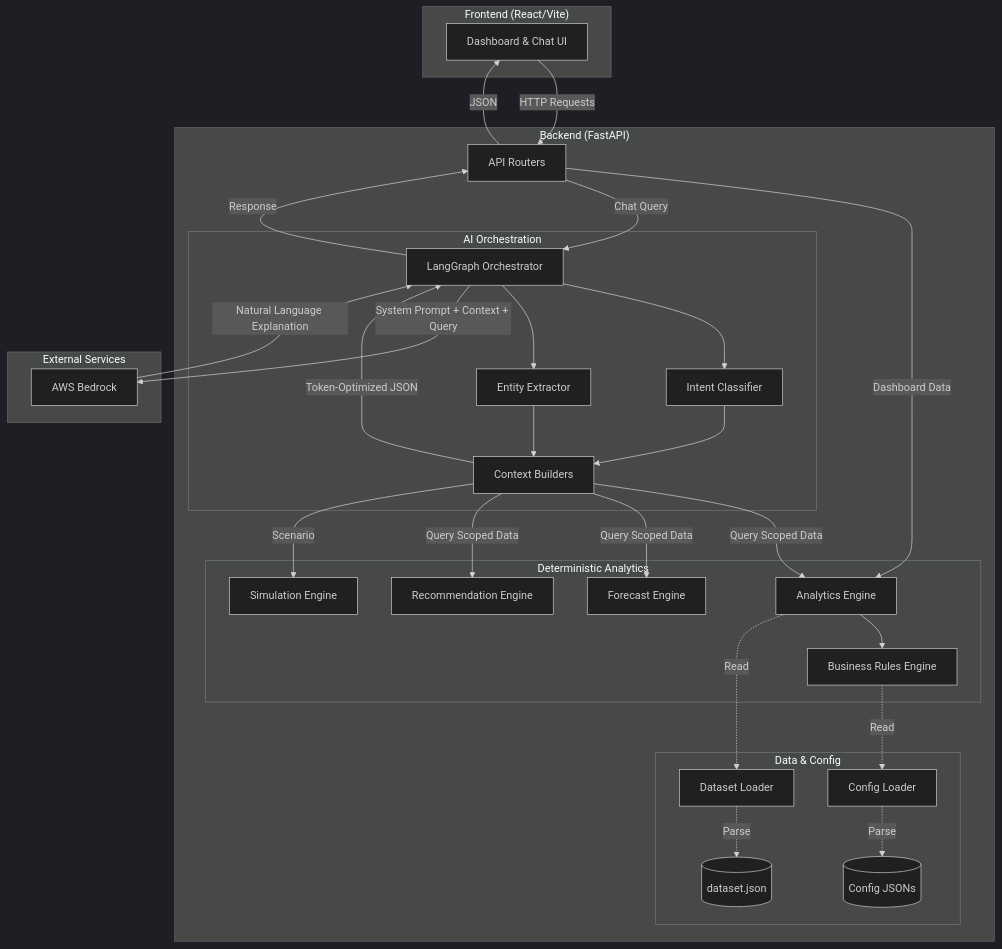
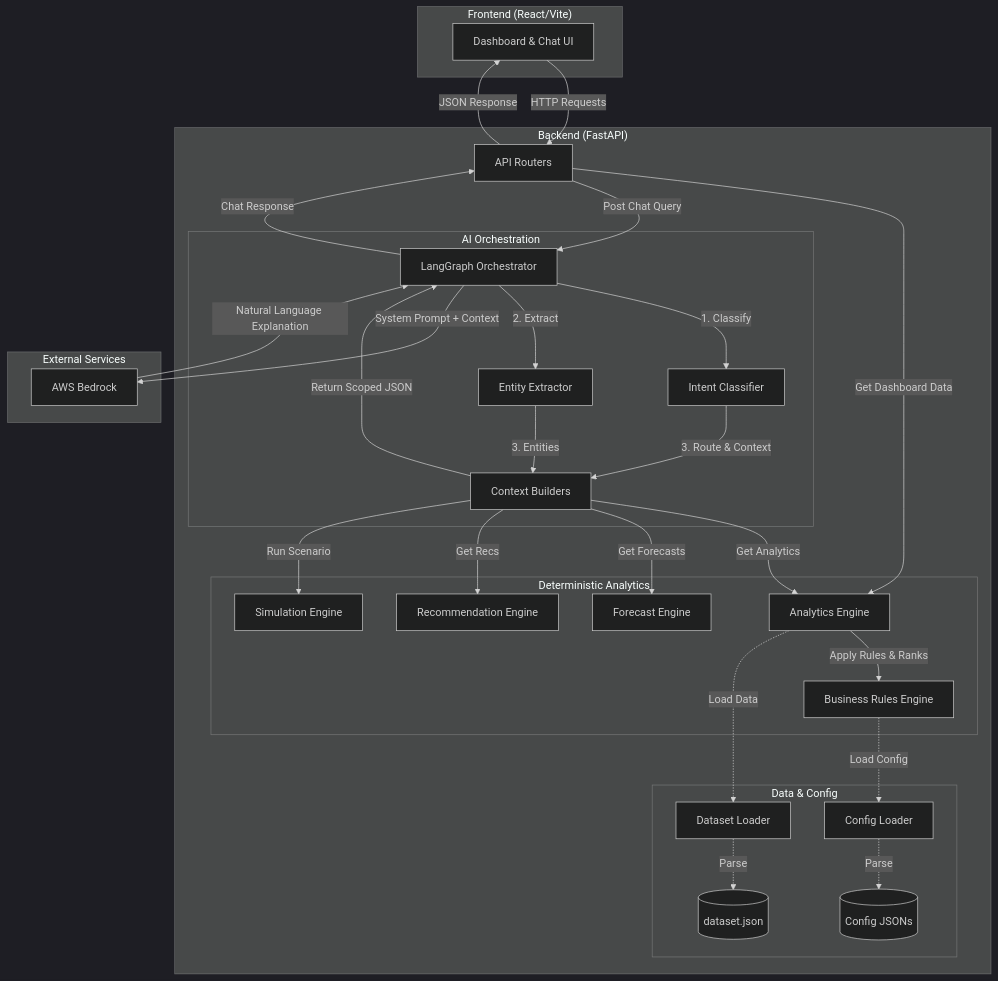
The diagram in docs/02_SYSTEM_ARCHITECTURE.md (Noel9812/CUIA), drawn with Mermaid (dark theme) before and after one commit.

Commit message:
chore:docs update

````diff
--- a/docs/02_SYSTEM_ARCHITECTURE.md
+++ b/docs/02_SYSTEM_ARCHITECTURE.md
@@ -7,67 +7,67 @@
 ```mermaid
 flowchart TD
     subgraph Frontend ["Frontend (React/Vite)"]
         UI[Dashboard & Chat UI]
     end
 
     subgraph Backend ["Backend (FastAPI)"]
         API[API Routers]
         
         subgraph AI_Layer ["AI Orchestration"]
             LG[LangGraph Orchestrator]
             IC[Intent Classifier]
             EE[Entity Extractor]
             CB[Context Builders]
         end
         
         subgraph Analytics_Layer ["Deterministic Analytics"]
             AE[Analytics Engine]
             BRE[Business Rules Engine]
             FE[Forecast Engine]
             RE[Recommendation Engine]
             SE[Simulation Engine]
         end
         
         subgraph Data_Layer ["Data & Config"]
             DS[(dataset.json)]
             CFG[(Config JSONs)]
             DL[Dataset Loader]
             CL[Config Loader]
         end
     end
 
     subgraph External ["External Services"]
         LLM[AWS Bedrock]
     end
 
-    %% Flow
+    %% Control / Data Flow
     UI -->|HTTP Requests| API
     
-    API -->|Dashboard Data| AE
-    API -->|Chat Query| LG
+    API -->|Get Dashboard Data| AE
+    API -->|Post Chat Query| LG
     
-    LG --> IC
-    LG --> EE
-    IC --> CB
-    EE --> CB
+    LG -->|1. Classify| IC
+    LG -->|2. Extract| EE
+    IC -->|3. Route & Context| CB
+    EE -->|3. Entities| CB
     
-    CB -->|Query Scoped Data| AE
-    CB -->|Query Scoped Data| FE
-    CB -->|Query Scoped Data| RE
-    CB -->|Scenario| SE
+    CB -->|Get Analytics| AE
+    CB -->|Get Forecasts| FE
+    CB -->|Get Recs| RE
+    CB -->|Run Scenario| SE
     
-    AE --> BRE
+    AE -->|Apply Rules & Ranks| BRE
     
-    AE -.->|Read| DL
-    BRE -.->|Read| CL
+    AE -.->|Load Data| DL
+    BRE -.->|Load Config| CL
     DL -.->|Parse| DS
     CL -.->|Parse| CFG
     
-    CB -->|Token-Optimized JSON| LG
+    CB -->|Return Scoped JSON| LG
     
-    LG -->|System Prompt + Context + Query| LLM
+    LG -->|System Prompt + Context| LLM
     LLM -->|Natural Language Explanation| LG
     
-    LG -->|Response| API
-    API -->|JSON| UI
+    LG -->|Chat Response| API
+    API -->|JSON Response| UI
 ```
````
